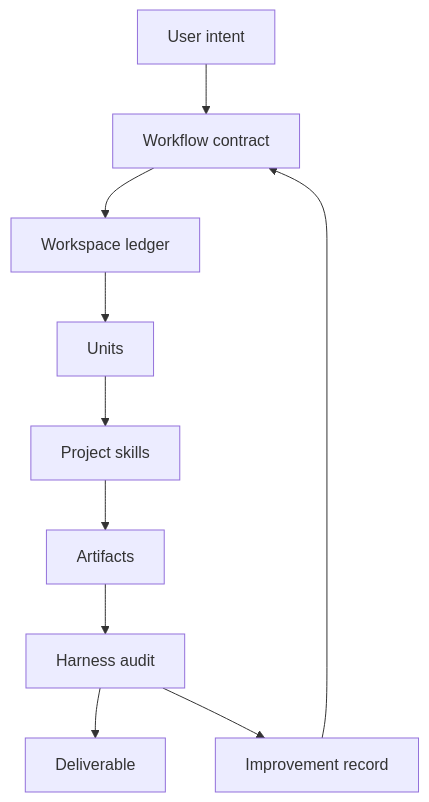
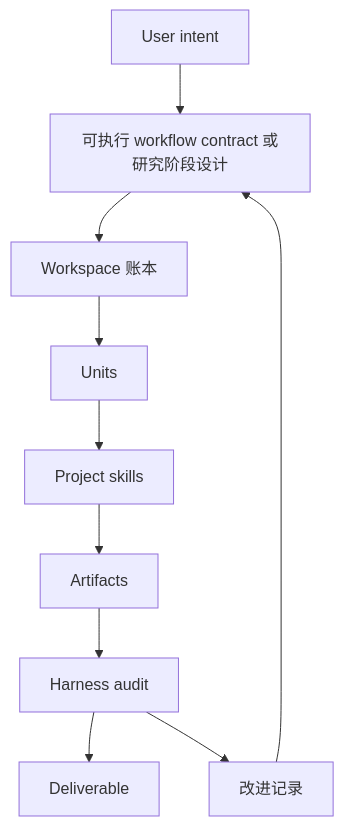
The diagram in README.zh-CN.md (WILLOSCAR/research-units-pipeline-skills), drawn with Mermaid before and after one commit. The commit also changed other lines of this file and 29 other files, not shown here.

````diff
--- a/README.zh-CN.md
+++ b/README.zh-CN.md
@@ -45,12 +44,12 @@
 ```mermaid
 flowchart TD
-    A["User intent"] --> B["Workflow contract"]
-    B --> C["Workspace ledger"]
+    A["User intent"] --> B["可执行 workflow contract 或研究阶段设计"]
+    B --> C["Workspace 账本"]
     C --> D["Units"]
     D --> E["Project skills"]
     E --> F["Artifacts"]
     F --> G["Harness audit"]
     G --> H["Deliverable"]
-    G --> I["Improvement record"]
+    G --> I["改进记录"]
     I --> B
 ```
````
